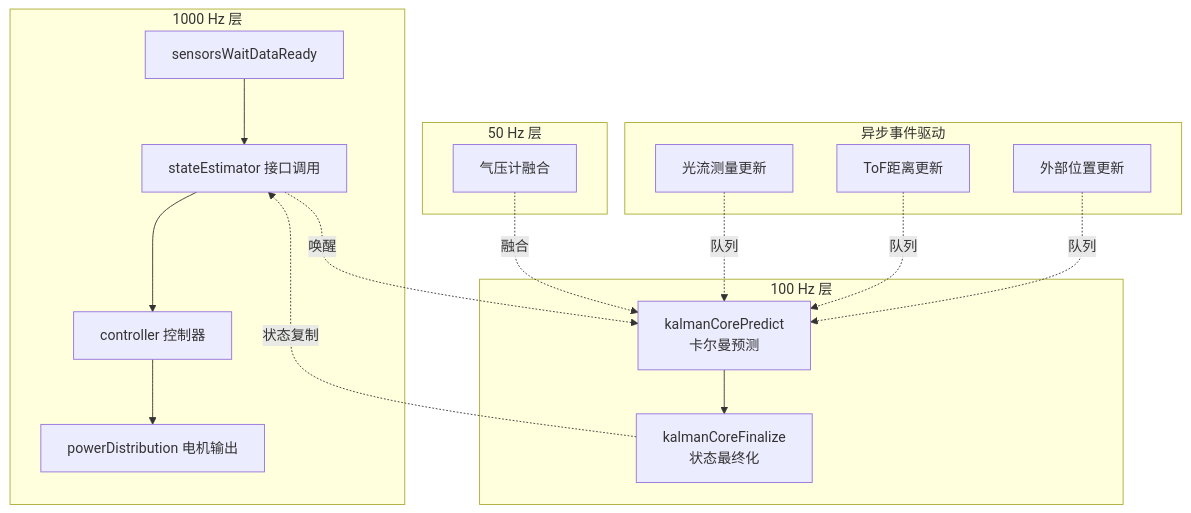
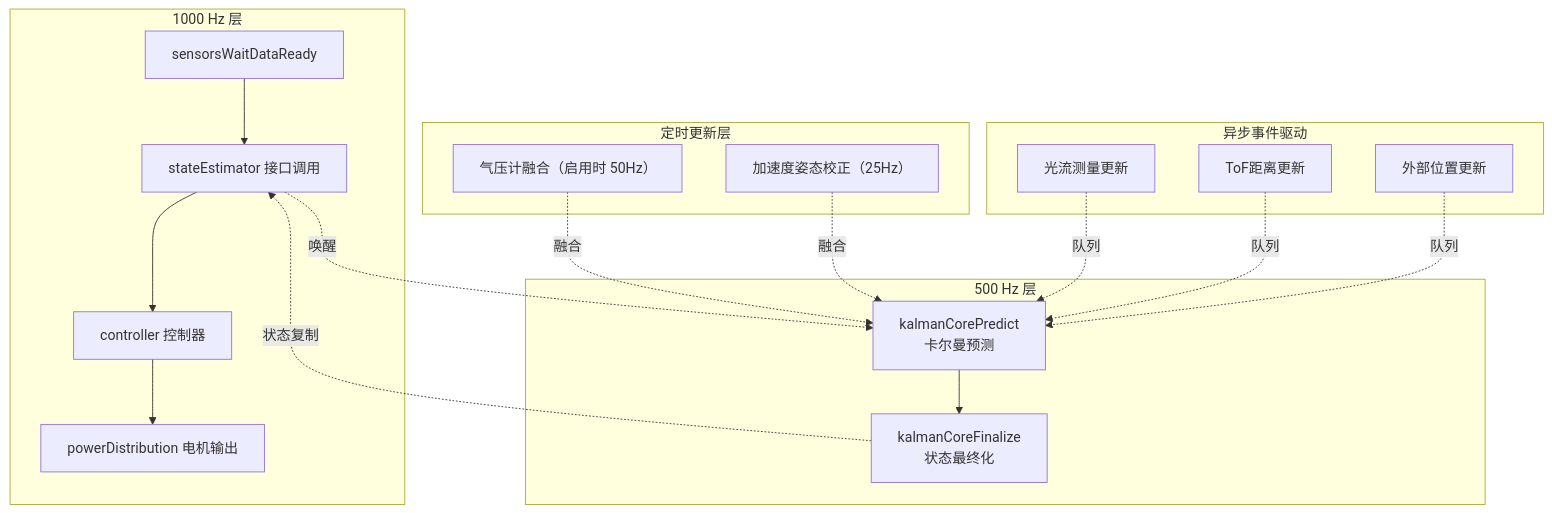
Before and after one commit to starliliko/diy-drone-powered-by-esp32s3: the third of 7 diagrams in 文档/无人机控制流程.md, drawn with Mermaid. The commit also changed other lines of this file and 21 other files, not shown here.

````diff
--- a/文档/无人机控制流程.md
+++ b/文档/无人机控制流程.md
@@ -116,33 +116,35 @@
 ```mermaid
 flowchart TB
     subgraph 1000Hz["1000 Hz 层"]
         S1[sensorsWaitDataReady]
         S2[stateEstimator 接口调用]
         S3[controller 控制器]
         S4[powerDistribution 电机输出]
     end
 
-    subgraph 100Hz["100 Hz 层"]
+    subgraph 500Hz["500 Hz 层"]
         K1[kalmanCorePredict<br/>卡尔曼预测]
         K2[kalmanCoreFinalize<br/>状态最终化]
     end
 
-    subgraph 50Hz["50 Hz 层"]
-        B1[气压计融合]
+    subgraph 定时更新["定时更新层"]
+        B1[气压计融合（启用时 50Hz）]
+        A1[加速度姿态校正（25Hz）]
     end
 
     subgraph 异步["异步事件驱动"]
         E1[光流测量更新]
         E2[ToF距离更新]
         E3[外部位置更新]
     end
 
     S1 --> S2 --> S3 --> S4
     S2 -.->|唤醒| K1
     K1 --> K2
     K2 -.->|状态复制| S2
     B1 -.->|融合| K1
+    A1 -.->|融合| K1
     E1 -.->|队列| K1
     E2 -.->|队列| K1
     E3 -.->|队列| K1
 ```
````
